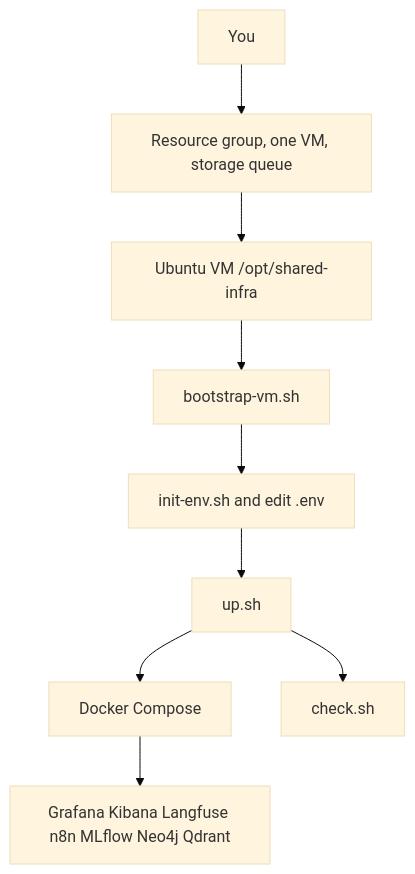
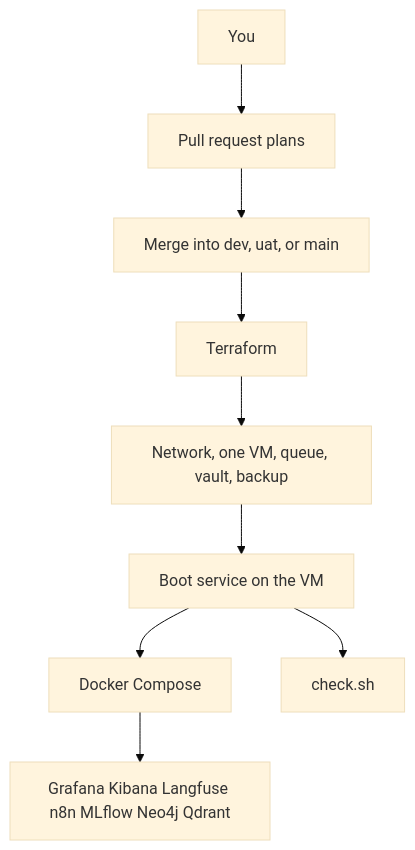
Before and after one commit to SANDESHSALUNKE143/shared-infra: the second of 4 diagrams in README.md, drawn with Mermaid (base theme). The commit also changed other lines of this file and 39 other files, not shown here.

First line of the commit message:
Add Terraform for one virtual machine per environment.

````diff
--- a/README.md
+++ b/README.md
@@ -45,11 +48,11 @@
 ```mermaid
 flowchart TD
-  you[You] --> azure[Resource group, one VM, storage queue]
-  azure --> vm[Ubuntu VM /opt/shared-infra]
-  vm --> boot[bootstrap-vm.sh]
-  boot --> env[init-env.sh and edit .env]
-  env --> up[up.sh]
-  up --> compose[Docker Compose]
+  you[You] --> pr[Pull request plans]
+  pr --> branch[Merge into dev, uat, or main]
+  branch --> tf[Terraform]
+  tf --> azure[Network, one VM, queue, vault, backup]
+  azure --> boot[Boot service on the VM]
+  boot --> compose[Docker Compose]
   compose --> ui[Grafana Kibana Langfuse n8n MLflow Neo4j Qdrant]
-  up --> check[check.sh]
+  boot --> check[check.sh]
 ```
````
